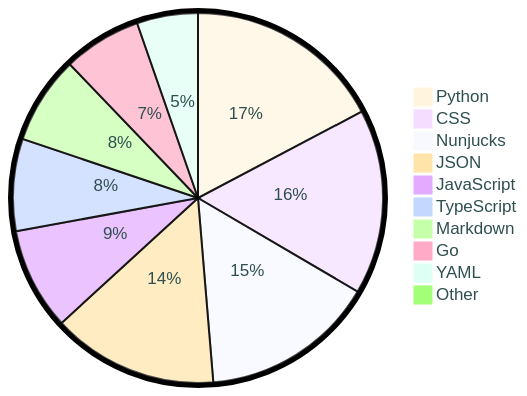
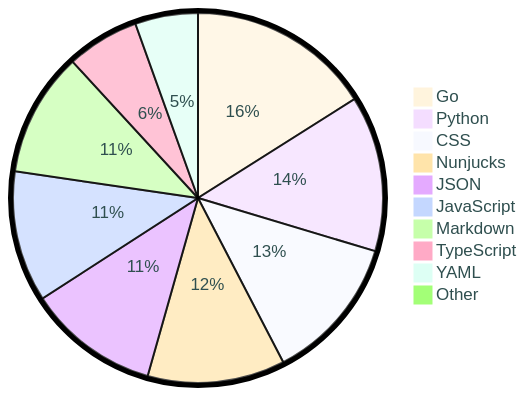
The diagram in README.md (tot0p/tot0p), drawn with Mermaid before and after one commit. The commit also changed other lines of this file, not shown here.

````diff
--- a/README.md
+++ b/README.md
@@ -125,14 +127,14 @@
 ```mermaid
 %%{init: {"pie": {"textPosition": 0.5}, "themeVariables": {"pieOuterStrokeWidth": "5px","primaryTextColor" : "#2F4F4F"},"theme":"base"} }%%
 pie
-	"Python": 17.2
-	"CSS": 16.09
-	"Nunjucks": 15.17
-	"JSON": 14.45
-	"JavaScript": 8.89
-	"TypeScript": 8.01
-	"Markdown": 7.63
-	"Go": 6.8
-	"YAML": 5.31
-	"Other": 0.44
+	"Go": 15.96
+	"Python": 13.56
+	"CSS": 12.69
+	"Nunjucks": 11.96
+	"JSON": 11.43
+	"JavaScript": 11.4
+	"Markdown": 10.81
+	"TypeScript": 6.32
+	"YAML": 5.47
+	"Other": 0.4
 ```
````
